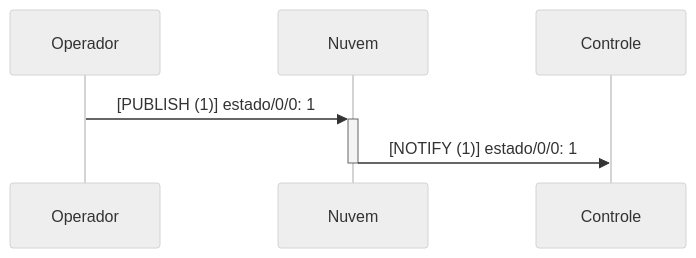
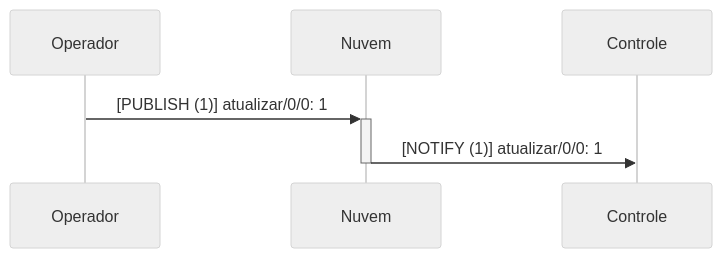
One commit to ederson-torresini/itl20231 changed the fourth of 5 diagrams in projeto-da-disciplina.md. Above: the diagram before and after it, drawn with Mermaid (neutral theme). The commit also changed other lines of this file and 2 other files, not shown here.

Commit message:
Corrigindo mensagens de atualização de estado

````diff
--- a/projeto-da-disciplina.md
+++ b/projeto-da-disciplina.md
@@ -93,5 +92,5 @@
 ```mermaid
 sequenceDiagram
-Operador ->>+ Nuvem: [PUBLISH (1)] estado/0/0: 1
-Nuvem ->>- Controle: [NOTIFY (1)] estado/0/0: 1
+Operador ->>+ Nuvem: [PUBLISH (1)] atualizar/0/0: 1
+Nuvem ->>- Controle: [NOTIFY (1)] atualizar/0/0: 1
 ```
````
